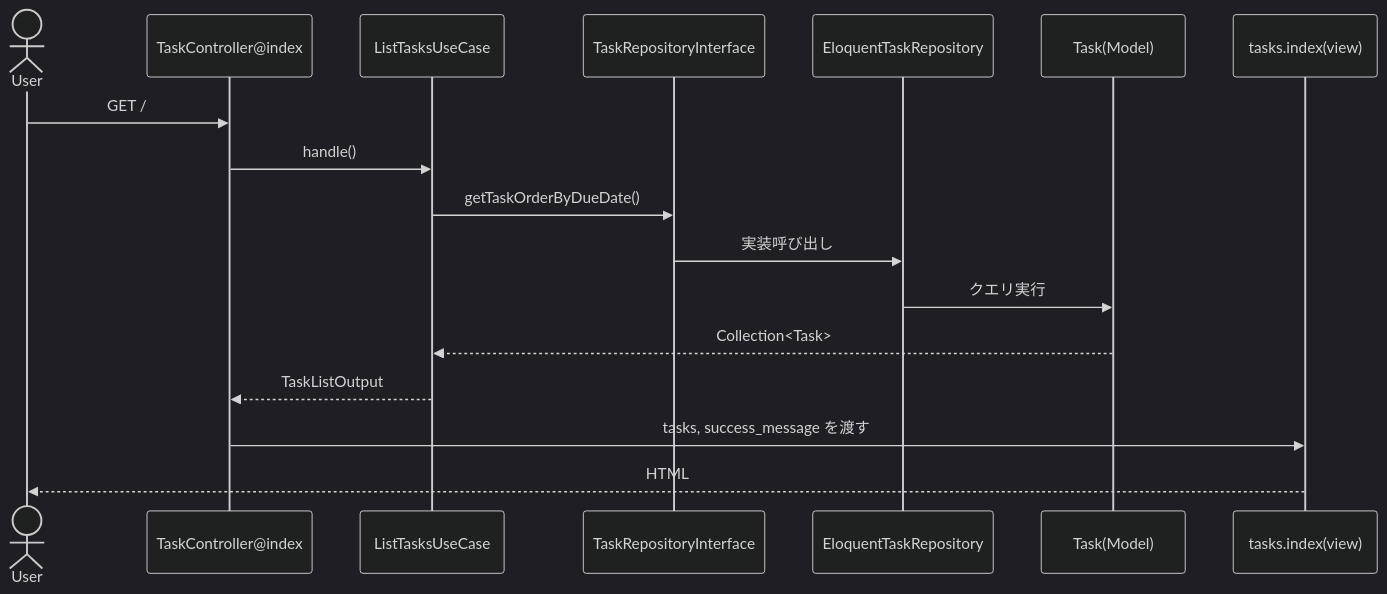
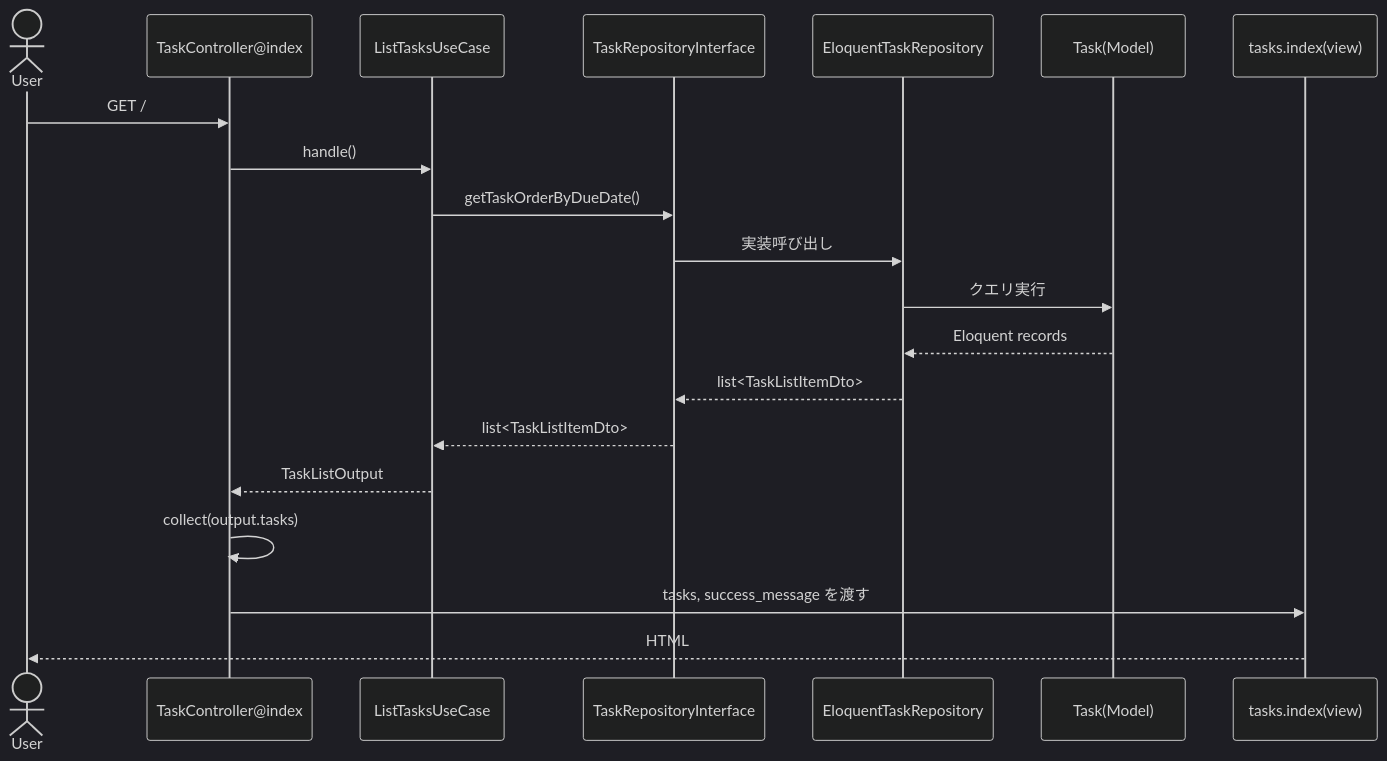
The second of 5 diagrams in docs/task-usecase-data-flow.md (pasgroup/laravel-playground), drawn with Mermaid (dark theme) before and after one commit. The commit also changed other lines of this file and 6 other files, not shown here.

````diff
--- a/docs/task-usecase-data-flow.md
+++ b/docs/task-usecase-data-flow.md
@@ -39,20 +39,23 @@
 ```mermaid
 sequenceDiagram
     actor U as User
     participant C as TaskController@index
     participant LU as ListTasksUseCase
     participant R as TaskRepositoryInterface
     participant ER as EloquentTaskRepository
     participant T as Task(Model)
     participant V as tasks.index(view)
 
     U->>C: GET /
     C->>LU: handle()
     LU->>R: getTaskOrderByDueDate()
     R->>ER: 実装呼び出し
     ER->>T: クエリ実行
-    T-->>LU: Collection<Task>
+    T-->>ER: Eloquent records
+    ER-->>R: list<TaskListItemDto>
+    R-->>LU: list<TaskListItemDto>
     LU-->>C: TaskListOutput
+    C->>C: collect(output.tasks)
     C->>V: tasks, success_message を渡す
     V-->>U: HTML
 ```
````
